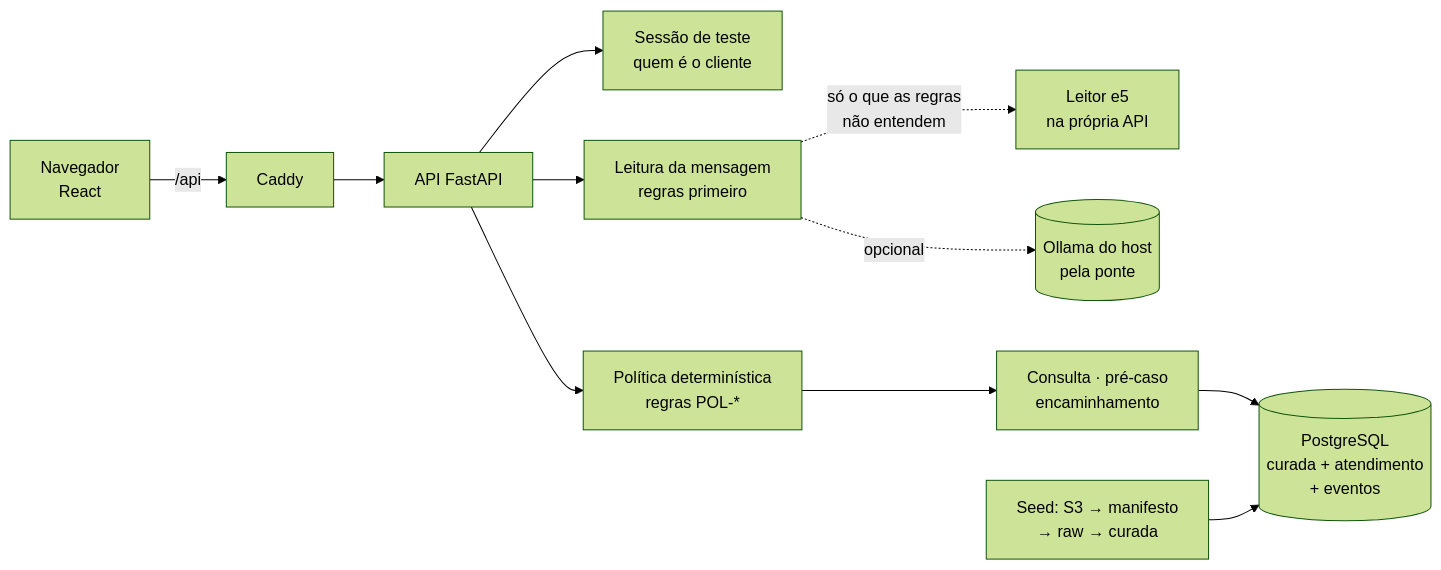
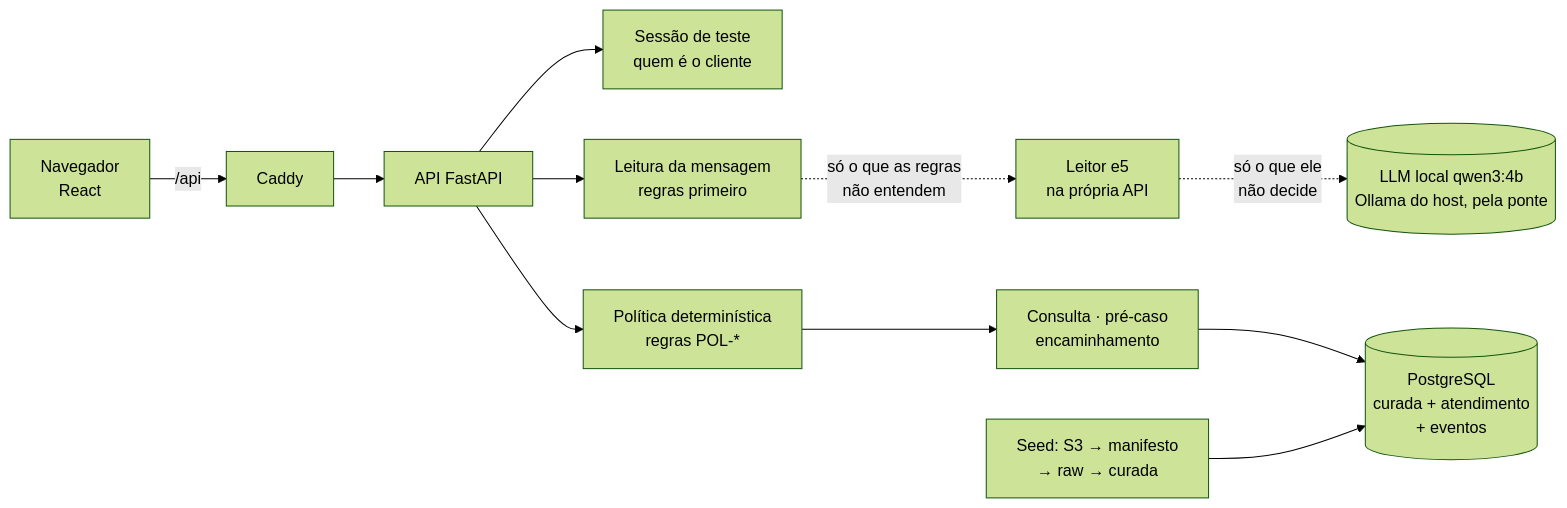
One commit to factored-2026-JEJE/factored-hackathon-2026-jeje changed the diagram in README.md. Above: the diagram before and after it, drawn with Mermaid (forest theme). The commit also changed other lines of this file, not shown here.

````diff
--- a/README.md
+++ b/README.md
@@ -36,13 +36,13 @@
 ```mermaid
 flowchart LR
   navegador[Navegador<br/>React] -->|/api| caddy[Caddy]
   caddy --> api[API FastAPI]
   api --> sessao[Sessão de teste<br/>quem é o cliente]
   api --> leitura[Leitura da mensagem<br/>regras primeiro]
   leitura -. só o que as regras<br/>não entendem .-> leitor[Leitor e5<br/>na própria API]
-  leitura -. opcional .-> ollama[(Ollama do host<br/>pela ponte)]
+  leitor -. só o que ele<br/>não decide .-> ollama[(LLM local qwen3:4b<br/>Ollama do host, pela ponte)]
   api --> politica[Política determinística<br/>regras POL-*]
   politica --> acoes[Consulta · pré-caso<br/>encaminhamento]
   acoes --> banco[(PostgreSQL<br/>curada + atendimento<br/>+ eventos)]
   seed[Seed: S3 → manifesto<br/>→ raw → curada] --> banco
 ```
````
